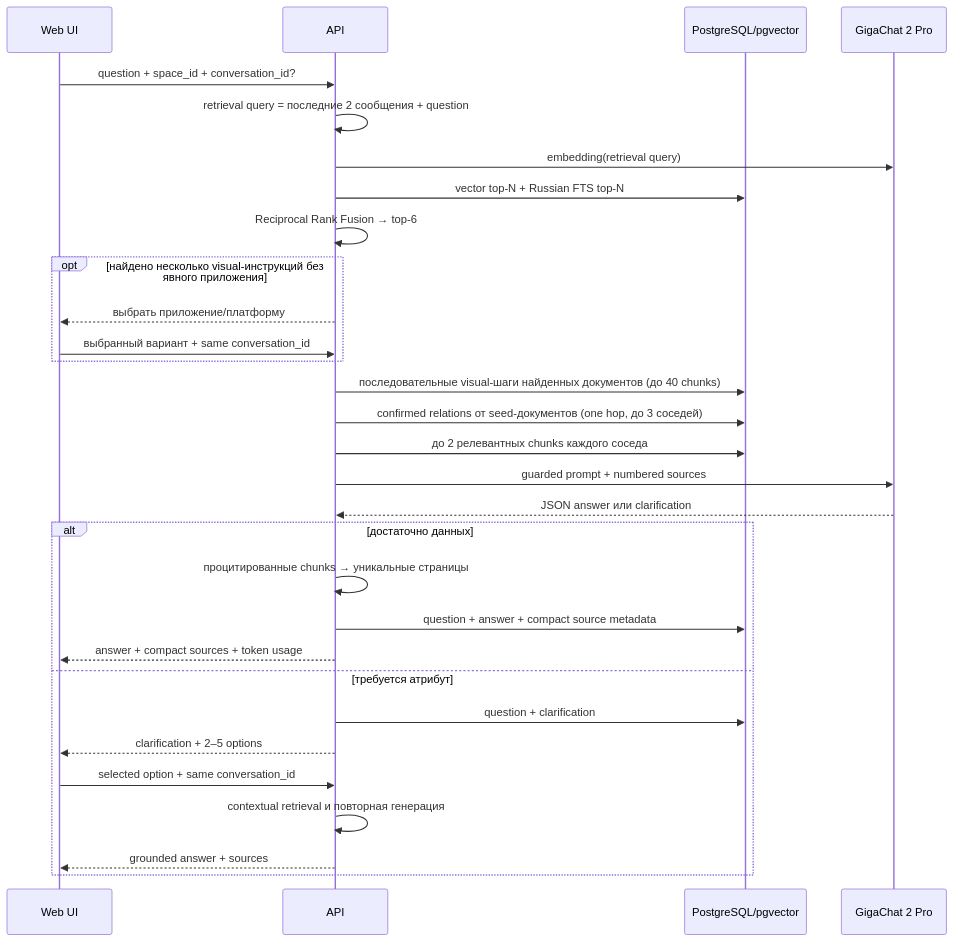
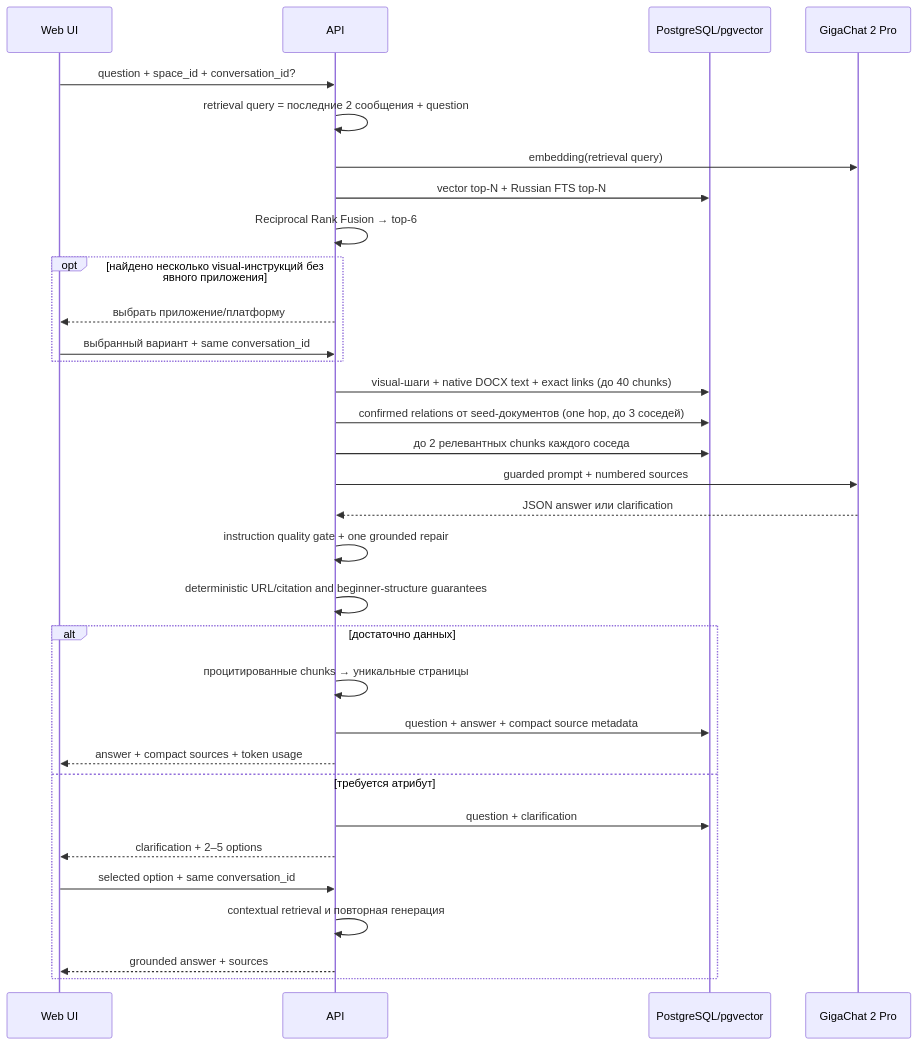
The fourth of 4 diagrams in docs/ARCHITECTURE.md (TBWTK/corporate-rag), drawn with Mermaid before and after one commit. The commit also changed other lines of this file and 20 other files, not shown here.

````diff
--- a/docs/ARCHITECTURE.md
+++ b/docs/ARCHITECTURE.md
@@ -101,32 +106,34 @@
 ```mermaid
 sequenceDiagram
   participant U as Web UI
   participant A as API
   participant D as PostgreSQL/pgvector
   participant G as GigaChat 2 Pro
   U->>A: question + space_id + conversation_id?
   A->>A: retrieval query = последние 2 сообщения + question
   A->>G: embedding(retrieval query)
   A->>D: vector top-N + Russian FTS top-N
   A->>A: Reciprocal Rank Fusion → top-6
   opt найдено несколько visual-инструкций без явного приложения
     A-->>U: выбрать приложение/платформу
     U->>A: выбранный вариант + same conversation_id
   end
-  A->>D: последовательные visual-шаги найденных документов (до 40 chunks)
+  A->>D: visual-шаги + native DOCX text + exact links (до 40 chunks)
   A->>D: confirmed relations от seed-документов (one hop, до 3 соседей)
   A->>D: до 2 релевантных chunks каждого соседа
   A->>G: guarded prompt + numbered sources
   G-->>A: JSON answer или clarification
+  A->>A: instruction quality gate + one grounded repair
+  A->>A: deterministic URL/citation and beginner-structure guarantees
   alt достаточно данных
     A->>A: процитированные chunks → уникальные страницы
     A->>D: question + answer + compact source metadata
     A-->>U: answer + compact sources + token usage
   else требуется атрибут
     A->>D: question + clarification
     A-->>U: clarification + 2–5 options
     U->>A: selected option + same conversation_id
     A->>A: contextual retrieval и повторная генерация
     A-->>U: grounded answer + sources
   end
 ```
````
